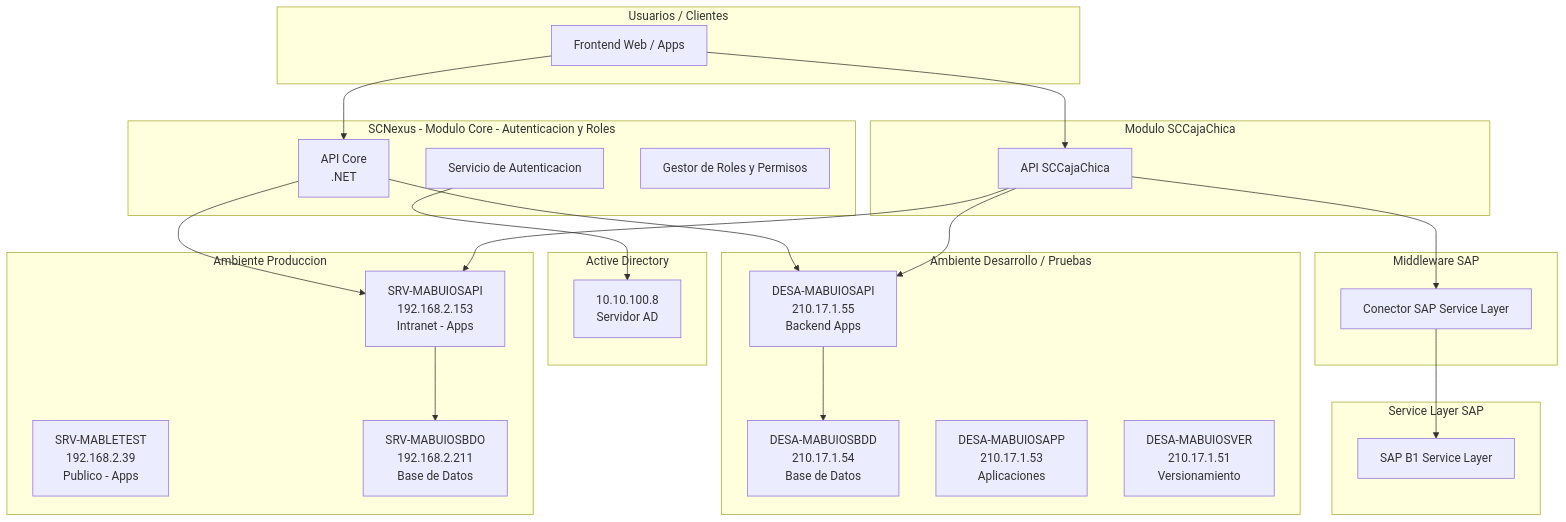
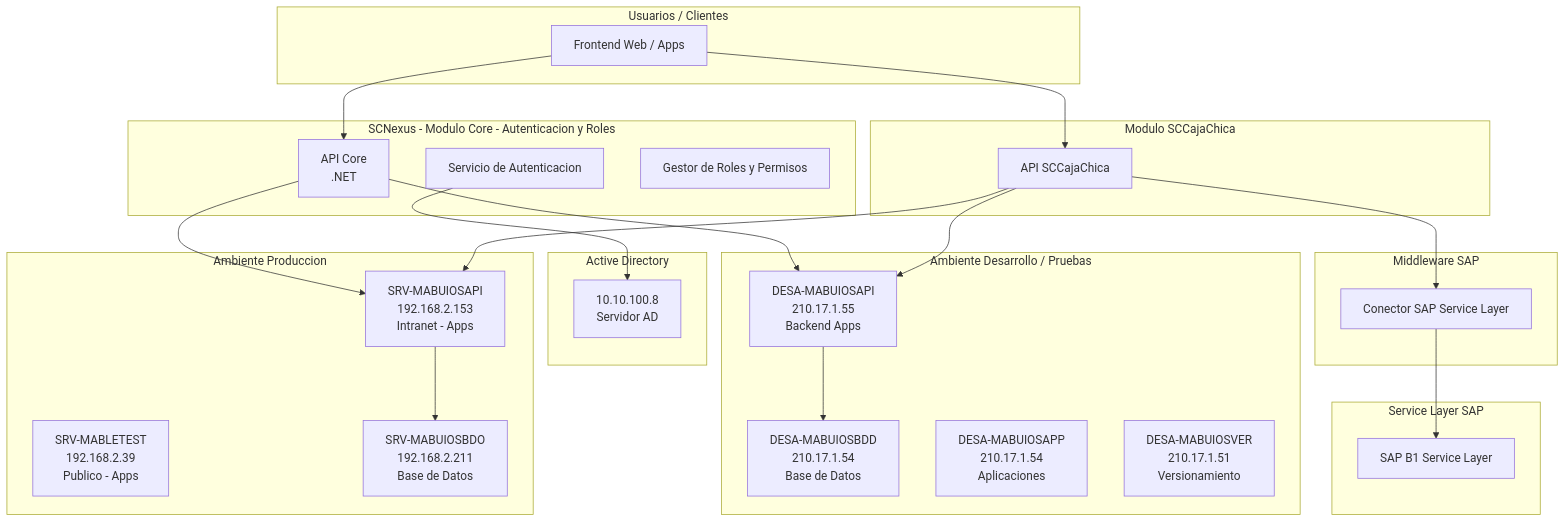
Before and after one commit to hardisaakpp/api-core-AD: the diagram in docs/Diagrama.md, drawn with Mermaid. The commit also changed 9 other files, not shown here.

````diff
--- a/docs/Diagrama.md
+++ b/docs/Diagrama.md
@@ -1,77 +1,77 @@
 ```mermaid
 flowchart TB
 
     %% =======================
     %%  MODULO CORE
     %% =======================
 
     subgraph CORE[SCNexus - Modulo Core - Autenticacion y Roles]
         CORE_API[API Core<br/>.NET]
         CORE_AUTH[Servicio de Autenticacion]
         CORE_ROLES[Gestor de Roles y Permisos]
     end
 
     subgraph AD[Active Directory]
         AD_SERVER[10.10.100.8<br/>Servidor AD]
     end
 
     CORE_AUTH --> AD_SERVER
 
     %% =======================
     %%  MODULO CAJA CHICA
     %% =======================
 
     subgraph SCCaja[Modulo SCCajaChica]
         CAJA_API[API SCCajaChica]
     end
 
     subgraph MiddlewareSAP[Middleware SAP]
         MIDDLE_SAP[Conector SAP Service Layer]
     end
 
     subgraph SAP[Service Layer SAP]
         SAP_SL[SAP B1 Service Layer]
     end
 
     CAJA_API --> MIDDLE_SAP --> SAP_SL
 
     %% =======================
     %%  SERVIDORES DESARROLLO / PRUEBAS
     %% =======================
 
     subgraph DESA[Ambiente Desarrollo / Pruebas]
         DESA_DB[DESA-MABUIOSBDD<br/>210.17.1.54<br/>Base de Datos]
-        DESA_APP[DESA-MABUIOSAPP<br/>210.17.1.53<br/>Aplicaciones]
+        DESA_APP[DESA-MABUIOSAPP<br/>210.17.1.54<br/>Aplicaciones]
         DESA_API[DESA-MABUIOSAPI<br/>210.17.1.55<br/>Backend Apps]
         DESA_VER[DESA-MABUIOSVER<br/>210.17.1.51<br/>Versionamiento]
     end
 
     CORE_API --> DESA_API
     CAJA_API --> DESA_API
     DESA_API --> DESA_DB
 
     %% =======================
     %%  SERVIDORES PRODUCCION
     %% =======================
 
     subgraph PROD[Ambiente Produccion]
         PROD_PUBLIC[SRV-MABLETEST<br/>192.168.2.39<br/>Publico - Apps]
         PROD_INTRANET[SRV-MABUIOSAPI<br/>192.168.2.153<br/>Intranet - Apps]
         PROD_DB[SRV-MABUIOSBDO<br/>192.168.2.211<br/>Base de Datos]
     end
 
     CORE_API --> PROD_INTRANET
     CAJA_API --> PROD_INTRANET
     PROD_INTRANET --> PROD_DB
 
     %% =======================
     %% CLIENTES
     %% =======================
 
     subgraph CLIENTES[Usuarios / Clientes]
         USER_WEB[Frontend Web / Apps]
     end
 
     USER_WEB --> CORE_API
     USER_WEB --> CAJA_API
 ```
````
